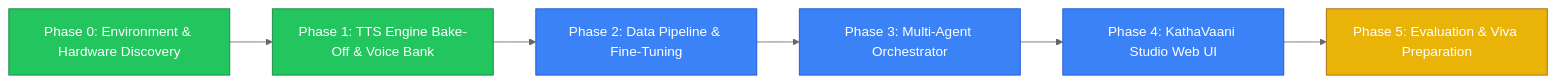
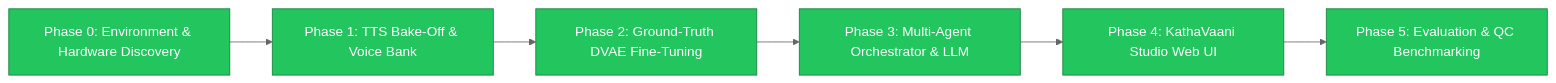
Before and after one commit to NishchayVashishtha/kathavaani: the diagram in docs/PROGRESS.md, drawn with Mermaid (neutral theme). The commit also changed other lines of this file and 50 other files, not shown here.

````diff
--- a/docs/PROGRESS.md
+++ b/docs/PROGRESS.md
@@ -11,19 +11,19 @@
 ```mermaid
 flowchart LR
-    P0["Phase 0: Environment & Hardware Discovery"] --> P1["Phase 1: TTS Engine Bake-Off & Voice Bank"]
-    P1 --> P2["Phase 2: Data Pipeline & Fine-Tuning"]
-    P2 --> P3["Phase 3: Multi-Agent Orchestrator"]
+    P0["Phase 0: Environment & Hardware Discovery"] --> P1["Phase 1: TTS Bake-Off & Voice Bank"]
+    P1 --> P2["Phase 2: Ground-Truth DVAE Fine-Tuning"]
+    P2 --> P3["Phase 3: Multi-Agent Orchestrator & LLM"]
     P3 --> P4["Phase 4: KathaVaani Studio Web UI"]
-    P4 --> P5["Phase 5: Evaluation & Viva Preparation"]
+    P4 --> P5["Phase 5: Evaluation & QC Benchmarking"]
 
     classDef done fill:#22c55e,stroke:#15803d,color:#fff;
     classDef inprog fill:#3b82f6,stroke:#1d4ed8,color:#fff;
     classDef audit fill:#eab308,stroke:#a16207,color:#fff;
 
     class P0 done;
     class P1 done;
-    class P2 inprog;
-    class P3 inprog;
-    class P4 inprog;
-    class P5 audit;
+    class P2 done;
+    class P3 done;
+    class P4 done;
+    class P5 done;
 ```
````
